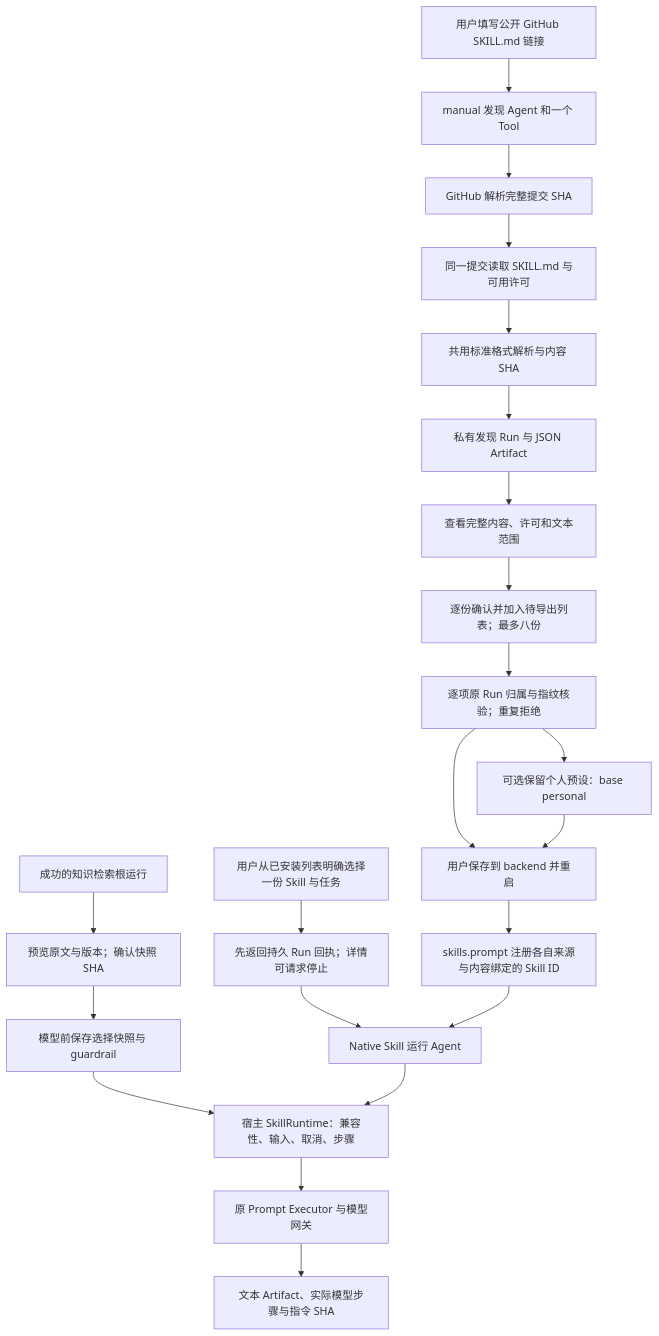
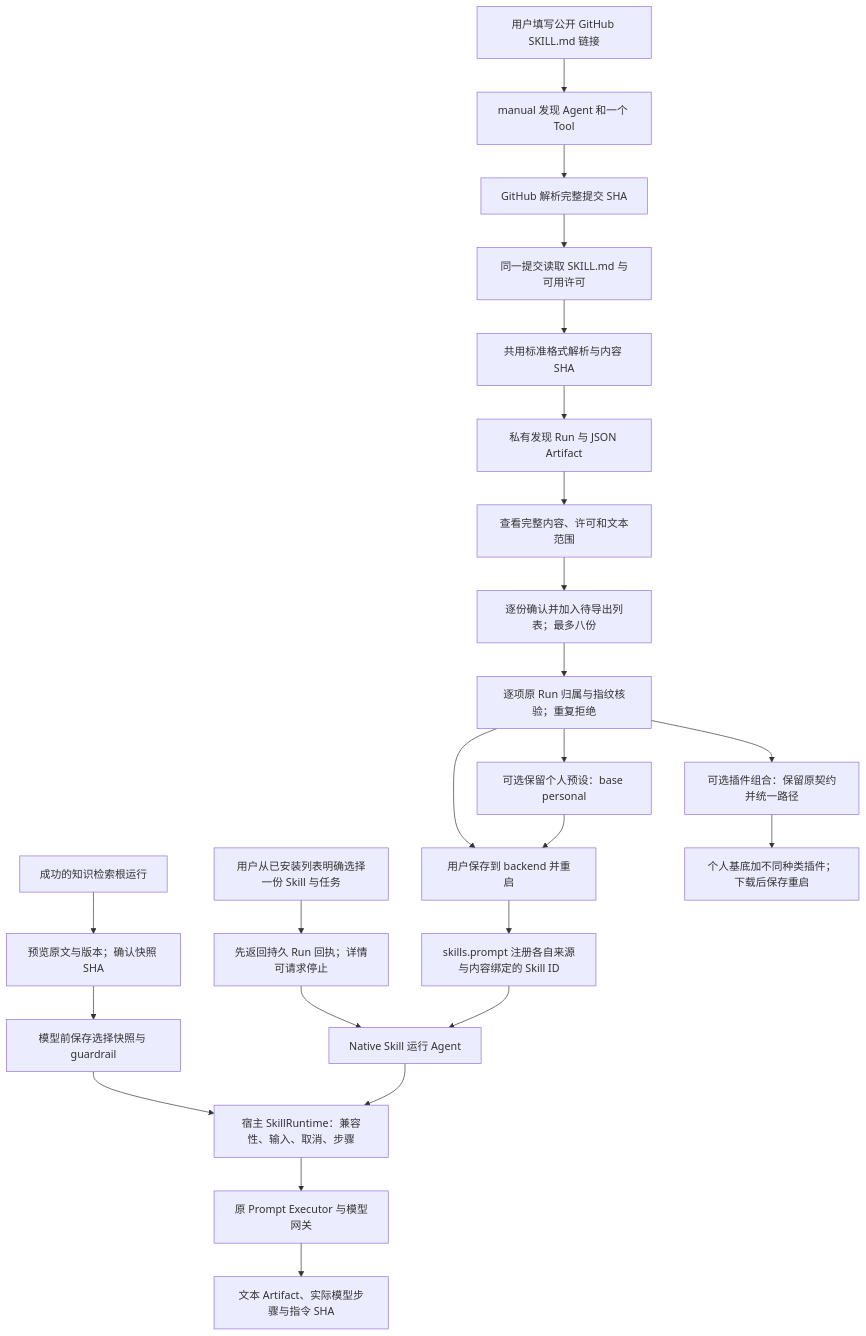
Before and after one commit to KlayPeter/AI-Delivery-Ops-Agent: the diagram in backend/src/connectors/skill-workbench/FEATURE.md, drawn with Mermaid. The commit also changed other lines of this file and 30 other files, not shown here.

````diff
--- a/backend/src/connectors/skill-workbench/FEATURE.md
+++ b/backend/src/connectors/skill-workbench/FEATURE.md
@@ -21,24 +21,26 @@
 ```mermaid
 flowchart TD
     URL[用户填写公开 GitHub SKILL.md 链接] --> N[manual 发现 Agent 和一个 Tool]
     N --> SHA[GitHub 解析完整提交 SHA]
     SHA --> RAW[同一提交读取 SKILL.md 与可用许可]
     RAW --> FORMAT[共用标准格式解析与内容 SHA]
     FORMAT --> ART[私有发现 Run 与 JSON Artifact]
     ART --> REVIEW[查看完整内容、许可和文本范围]
     REVIEW --> SELECT[逐份确认并加入待导出列表；最多八份]
     SELECT --> EXPORT[逐项原 Run 归属与指纹核验；重复拒绝]
     EXPORT --> LOCAL[用户保存到 backend 并重启]
     LOCAL --> P[skills.prompt 注册各自来源与内容绑定的 Skill ID]
     EXPORT --> BASE[可选保留个人预设：base personal]
     BASE --> LOCAL
     KNOW[成功的知识检索根运行] --> PREVIEW[预览原文与版本；确认快照 SHA]
     PREVIEW --> SAVE[模型前保存选择快照与 guardrail]
     SAVE --> SK
     TASK[用户从已安装列表明确选择一份 Skill 与任务] --> ACK[先返回持久 Run 回执；详情可请求停止]
     ACK --> RUN[Native Skill 运行 Agent]
     P --> RUN
     RUN --> SK[宿主 SkillRuntime：兼容性、输入、取消、步骤]
     SK --> MODEL[原 Prompt Executor 与模型网关]
     MODEL --> RESULT[文本 Artifact、实际模型步骤与指令 SHA]
+    EXPORT --> PC[可选插件组合：保留原契约并统一路径]
+    PC --> PERSONAL_COMBO[个人基底加不同种类插件；下载后保存重启]
 ```
````
